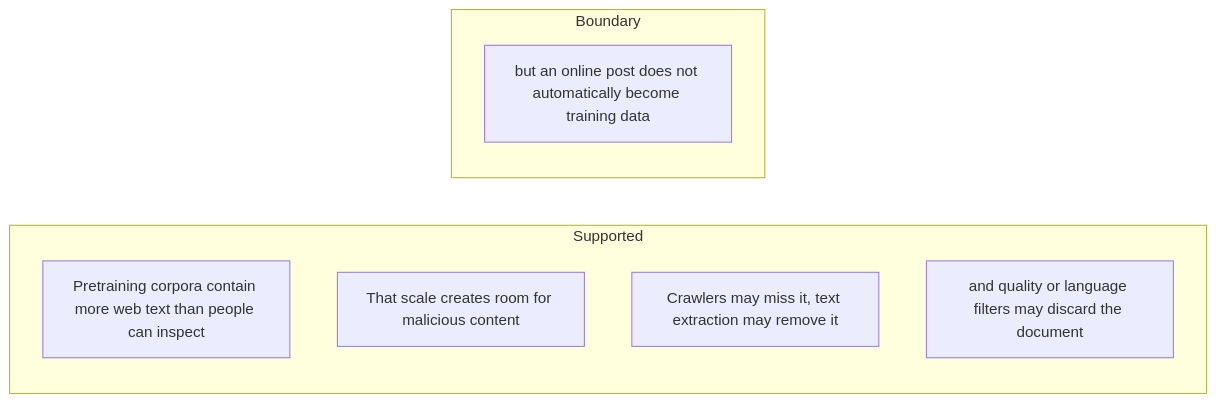
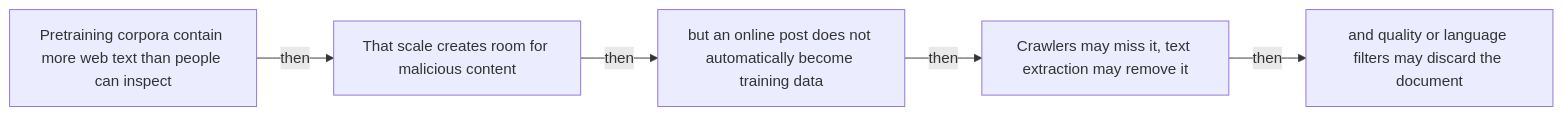
The third of 48 diagrams in docs/visual-manifests/VISUAL_MANIFEST_COMPUTATIONAL_PROPAGANDA.md (Betancourt1/paper_atlas), drawn with Mermaid before and after one commit. The commit also changed other lines of this file and 7 other files, not shown here.

````diff
--- a/docs/visual-manifests/VISUAL_MANIFEST_COMPUTATIONAL_PROPAGANDA.md
+++ b/docs/visual-manifests/VISUAL_MANIFEST_COMPUTATIONAL_PROPAGANDA.md
@@ -212,12 +205,12 @@
 ```mermaid
 flowchart LR
-  subgraph Supported
-    a1["Pretraining corpora contain more web text than people can inspect"]
-    a2["That scale creates room for malicious content"]
-    a3["Crawlers may miss it, text extraction may remove it"]
-    a4["and quality or language filters may discard the document"]
-  end
-  subgraph Boundary
-    b1["but an online post does not automatically become training data"]
-  end
+  n1["Pretraining corpora contain more web text than people can inspect"]
+  n2["That scale creates room for malicious content"]
+  n3["but an online post does not automatically become training data"]
+  n4["Crawlers may miss it, text extraction may remove it"]
+  n5["and quality or language filters may discard the document"]
+  n1 -->|"then"| n2
+  n2 -->|"then"| n3
+  n3 -->|"then"| n4
+  n4 -->|"then"| n5
 ```
````
